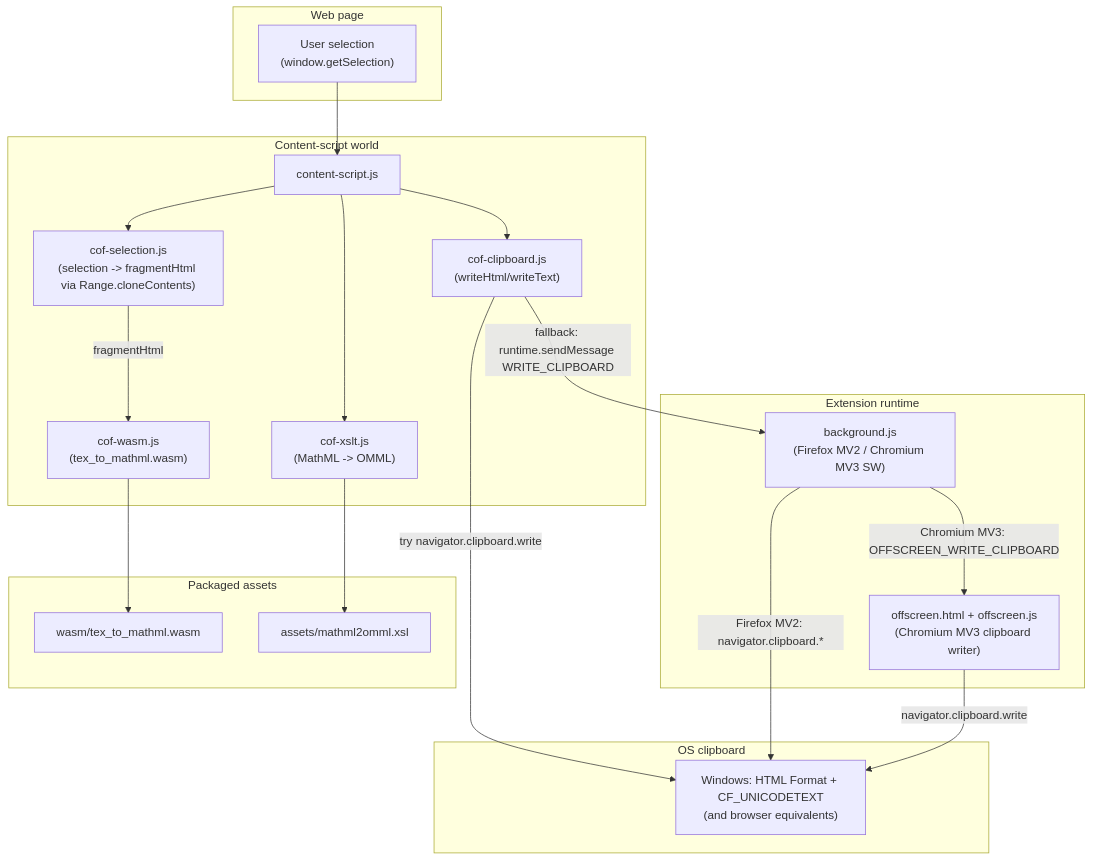
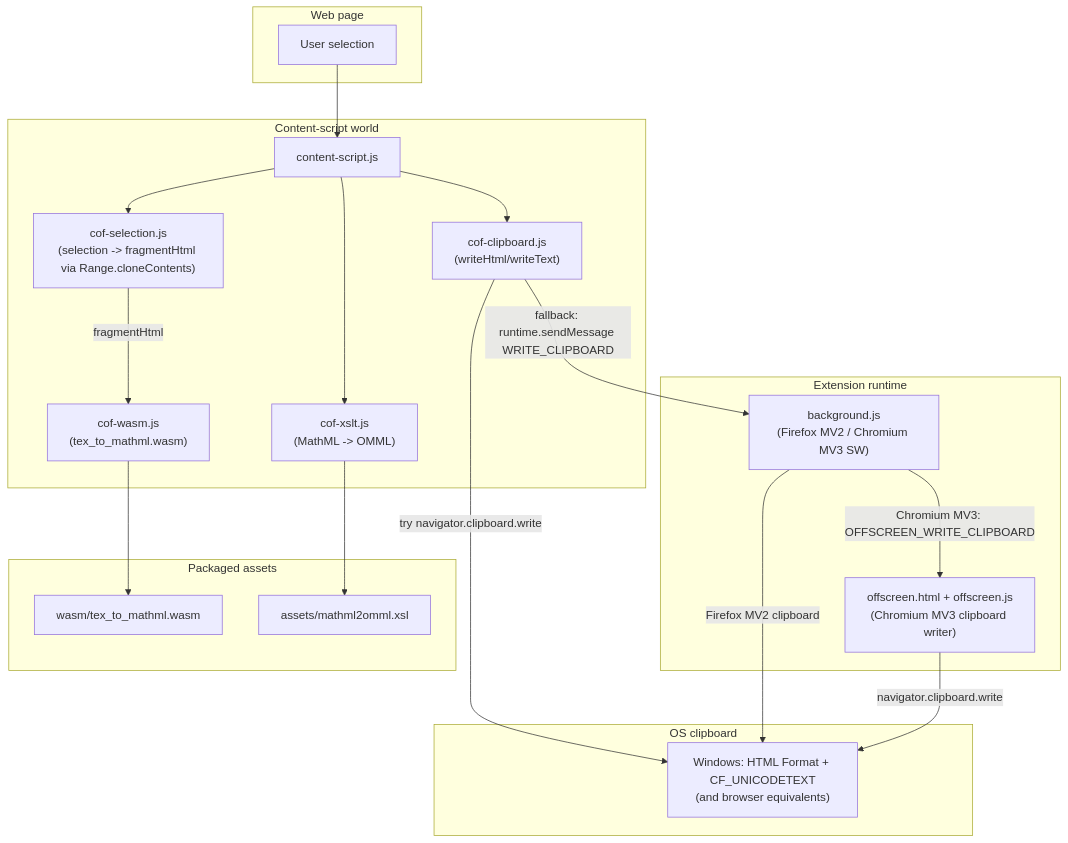
Before and after one commit to AlHeloween/gpt-latex-ctrl-c-v: the first of 7 diagrams in diagram.md, drawn with Mermaid. The commit also changed other lines of this file and 46 other files, not shown here.

````diff
--- a/diagram.md
+++ b/diagram.md
@@ -7,41 +13,41 @@
 ```mermaid
 flowchart TB
   subgraph Page["Web page"]
-    SEL["User selection\n(window.getSelection)"]
+    SEL["User selection"]
   end
 
   subgraph CSW["Content-script world"]
     CS["content-script.js"]
     S["cof-selection.js\n(selection -> fragmentHtml via Range.cloneContents)"]
     W["cof-wasm.js\n(tex_to_mathml.wasm)"]
     X["cof-xslt.js\n(MathML -> OMML)"]
     C["cof-clipboard.js\n(writeHtml/writeText)"]
   end
 
   subgraph Ext["Extension runtime"]
     BG["background.js\n(Firefox MV2 / Chromium MV3 SW)"]
     OFF["offscreen.html + offscreen.js\n(Chromium MV3 clipboard writer)"]
   end
 
   subgraph Assets["Packaged assets"]
     WASM["wasm/tex_to_mathml.wasm"]
     XSL["assets/mathml2omml.xsl"]
   end
 
   subgraph OS["OS clipboard"]
     CLIP["Windows: HTML Format + CF_UNICODETEXT\n(and browser equivalents)"]
   end
 
   SEL --> CS
   CS --> S
   S -->|fragmentHtml| W
   W --> WASM
   CS --> X
   X --> XSL
   CS --> C
   C -->|try navigator.clipboard.write| CLIP
   C -->|fallback: runtime.sendMessage WRITE_CLIPBOARD| BG
-  BG -->|Firefox MV2: navigator.clipboard.*| CLIP
+  BG -->|Firefox MV2 clipboard| CLIP
   BG -->|Chromium MV3: OFFSCREEN_WRITE_CLIPBOARD| OFF
   OFF -->|navigator.clipboard.write| CLIP
 ```
````
